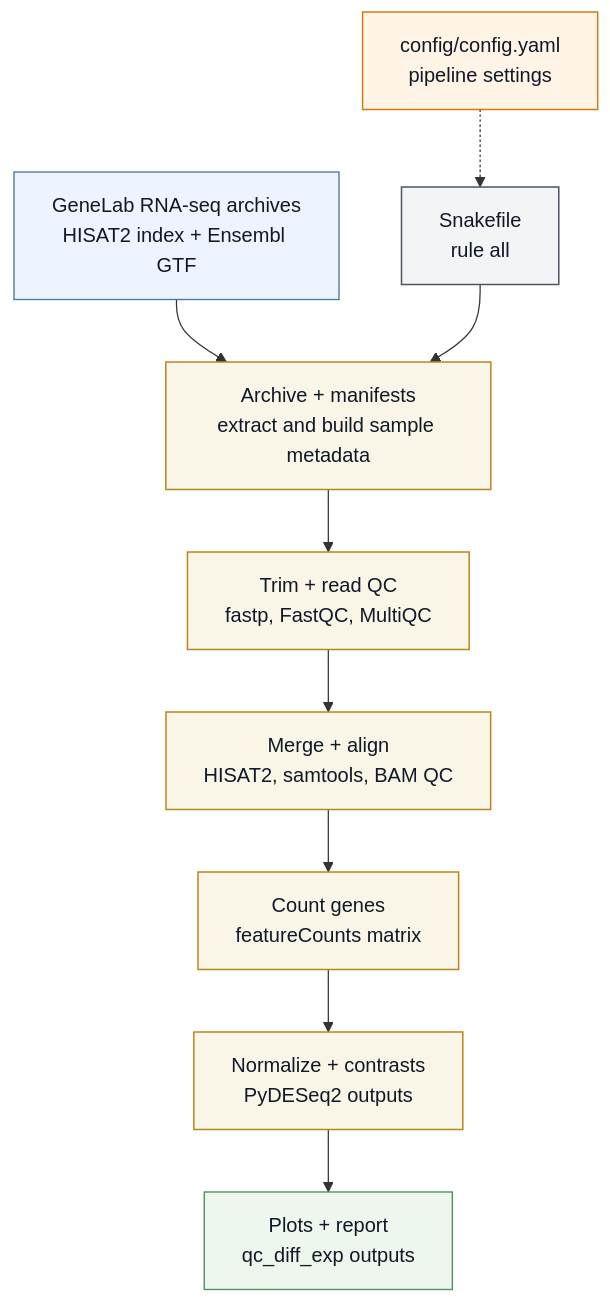
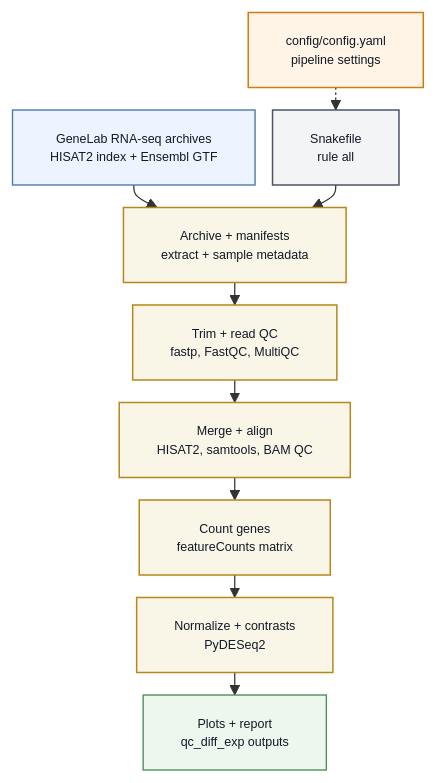
One commit to bryanlear/osd47-spaceflight-multiomics changed the first of 2 diagrams in README.md. Above: the diagram before and after it, drawn with Mermaid. The commit also changed other lines of this file and 7 other files, not shown here.

First line of the commit message:
Emit Graphviz DOT text

````diff
--- a/README.md
+++ b/README.md
@@ -12,23 +12,16 @@
 ```mermaid
+%%{init: {'themeVariables': {'fontSize': '10px'}, 'flowchart': {'nodeSpacing': 14, 'rankSpacing': 18, 'diagramPadding': 2}}}%%
 flowchart TD
 	classDef control fill:#F3F4F6,stroke:#4B5563,color:#111827,stroke-width:1.2px;
 	classDef config fill:#FFF4E6,stroke:#D17B0F,color:#111827,stroke-width:1.2px;
 	classDef input fill:#EEF4FF,stroke:#4C78A8,color:#111827,stroke-width:1.1px;
 	classDef stage fill:#F9F6E7,stroke:#B8871B,color:#111827,stroke-width:1.2px;
 	classDef output fill:#EDF7ED,stroke:#4E8F5C,color:#111827,stroke-width:1.1px;
 
-	snakefile[Snakefile<br/>rule all]:::control
-	config[config/config.yaml<br/>pipeline settings]:::config
-	input[GeneLab RNA-seq archives<br/>HISAT2 index + Ensembl GTF]:::input
-
-	archive[Archive + manifests<br/>extract and build sample metadata]:::stage
-	trim[Trim + read QC<br/>fastp, FastQC, MultiQC]:::stage
-	align[Merge + align<br/>HISAT2, samtools, BAM QC]:::stage
-	counts[Count genes<br/>featureCounts matrix]:::stage
-	de[Normalize + contrasts<br/>PyDESeq2 outputs]:::stage
-	report[Plots + report<br/>qc_diff_exp outputs]:::output
-
-	config -.-> snakefile
-	input --> archive --> trim --> align --> counts --> de --> report
+	config[config/config.yaml<br/>pipeline settings]:::config -.-> snakefile[Snakefile<br/>rule all]:::control
+	input[GeneLab RNA-seq archives<br/>HISAT2 index + Ensembl GTF]:::input --> archive[Archive + manifests<br/>extract + sample metadata]:::stage
+	archive --> trim[Trim + read QC<br/>fastp, FastQC, MultiQC]:::stage --> align[Merge + align<br/>HISAT2, samtools, BAM QC]:::stage
+	align --> counts[Count genes<br/>featureCounts matrix]:::stage --> de[Normalize + contrasts<br/>PyDESeq2]:::stage
+	de --> report[Plots + report<br/>qc_diff_exp outputs]:::output
 	snakefile --> archive
 ```
````
